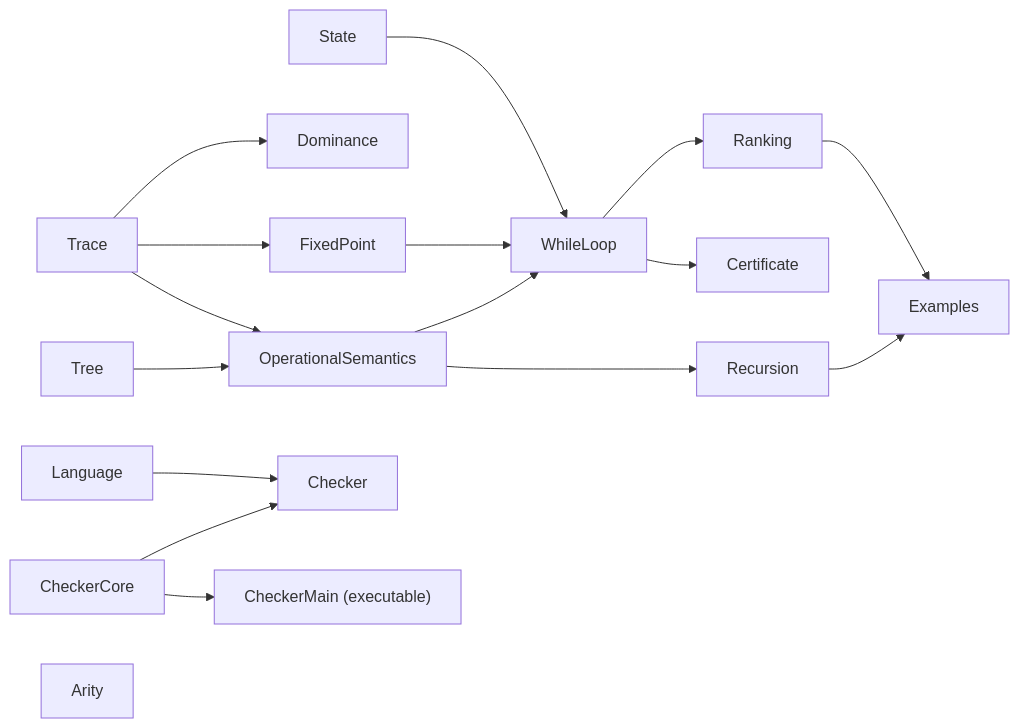
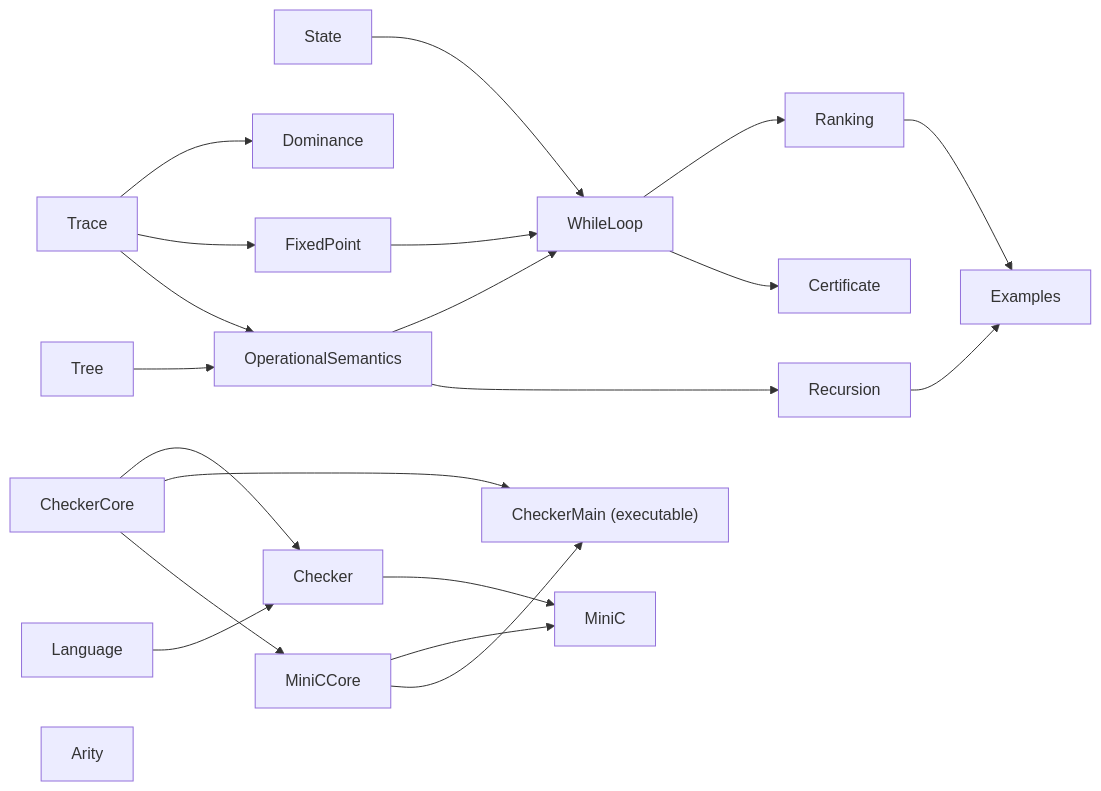
Before and after one commit to ldallolio/crosscheck: the diagram in docs/guide/05-lean.md, drawn with Mermaid. The commit also changed other lines of this file and 35 other files, not shown here.

````diff
--- a/docs/guide/05-lean.md
+++ b/docs/guide/05-lean.md
@@ -83,19 +83,23 @@
 ```mermaid
 flowchart LR
   State --> WhileLoop
   Trace --> Dominance
   Trace --> FixedPoint
   Trace --> OperationalSemantics
   Tree --> OperationalSemantics
   FixedPoint --> WhileLoop
   OperationalSemantics --> WhileLoop
   OperationalSemantics --> Recursion
   WhileLoop --> Ranking
   WhileLoop --> Certificate
   Ranking --> Examples
   Recursion --> Examples
   Language --> Checker
   CheckerCore --> Checker
   CheckerCore --> CheckerMain["CheckerMain (executable)"]
+  CheckerCore --> MiniCCore
+  MiniCCore --> MiniC
+  Checker --> MiniC
+  MiniCCore --> CheckerMain
   Arity
 ```
````
